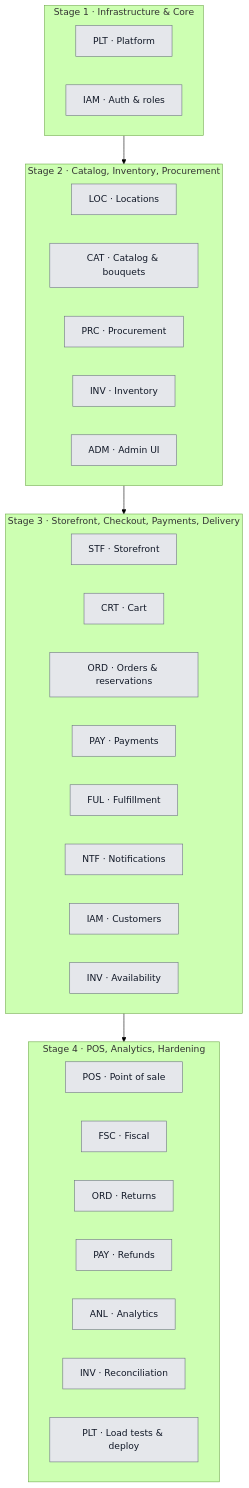
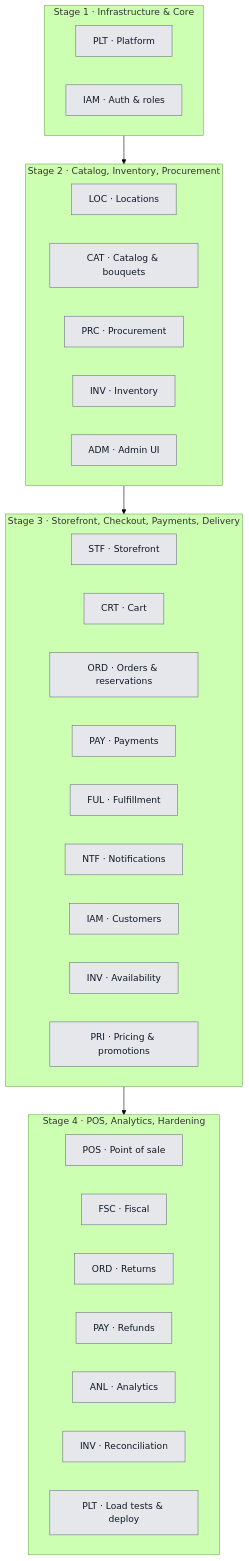
The second of 2 diagrams in ROADMAP.md (DevAgassi/flower-network), drawn with Mermaid (forest theme) before and after one commit. The commit also changed other lines of this file and 2 other files, not shown here.

Commit message:
Adopt Spree schema patterns, decide cart storage (ADR-9), add pricing module

````diff
--- a/ROADMAP.md
+++ b/ROADMAP.md
@@ -77,47 +79,48 @@
 ```mermaid
 flowchart TB
   subgraph S1["Stage 1 · Infrastructure & Core"]
     E_PLT_S1["PLT · Platform"]
     E_IAM_S1["IAM · Auth & roles"]
   end
 
   subgraph S2["Stage 2 · Catalog, Inventory, Procurement"]
     E_LOC_S2["LOC · Locations"]
     E_CAT_S2["CAT · Catalog & bouquets"]
     E_PRC_S2["PRC · Procurement"]
     E_INV_S2["INV · Inventory"]
     E_ADM_S2["ADM · Admin UI"]
   end
 
   subgraph S3["Stage 3 · Storefront, Checkout, Payments, Delivery"]
     E_STF_S3["STF · Storefront"]
     E_CRT_S3["CRT · Cart"]
     E_ORD_S3["ORD · Orders & reservations"]
     E_PAY_S3["PAY · Payments"]
     E_FUL_S3["FUL · Fulfillment"]
     E_NTF_S3["NTF · Notifications"]
     E_IAM_S3["IAM · Customers"]
     E_INV_S3["INV · Availability"]
+    E_PRI_S3["PRI · Pricing & promotions"]
   end
 
   subgraph S4["Stage 4 · POS, Analytics, Hardening"]
     E_POS_S4["POS · Point of sale"]
     E_FSC_S4["FSC · Fiscal"]
     E_ORD_S4["ORD · Returns"]
     E_PAY_S4["PAY · Refunds"]
     E_ANL_S4["ANL · Analytics"]
     E_INV_S4["INV · Reconciliation"]
     E_PLT_S4["PLT · Load tests & deploy"]
   end
 
   S1 --> S2 --> S3 --> S4
 
   classDef todo fill:#e5e7eb,stroke:#6b7280,color:#111827
   classDef wip fill:#fde68a,stroke:#b45309,color:#111827
   classDef done fill:#bbf7d0,stroke:#15803d,color:#111827
   classDef blocked fill:#fecaca,stroke:#b91c1c,color:#111827
 
   %% status:start
-  class E_PLT_S1,E_IAM_S1,E_LOC_S2,E_CAT_S2,E_PRC_S2,E_INV_S2,E_ADM_S2,E_STF_S3,E_CRT_S3,E_ORD_S3,E_PAY_S3,E_FUL_S3,E_NTF_S3,E_IAM_S3,E_INV_S3,E_POS_S4,E_FSC_S4,E_ORD_S4,E_PAY_S4,E_ANL_S4,E_INV_S4,E_PLT_S4 todo
+  class E_PLT_S1,E_IAM_S1,E_LOC_S2,E_CAT_S2,E_PRC_S2,E_INV_S2,E_ADM_S2,E_STF_S3,E_CRT_S3,E_ORD_S3,E_PAY_S3,E_FUL_S3,E_NTF_S3,E_IAM_S3,E_INV_S3,E_PRI_S3,E_POS_S4,E_FSC_S4,E_ORD_S4,E_PAY_S4,E_ANL_S4,E_INV_S4,E_PLT_S4 todo
   %% status:end
 ```
````
